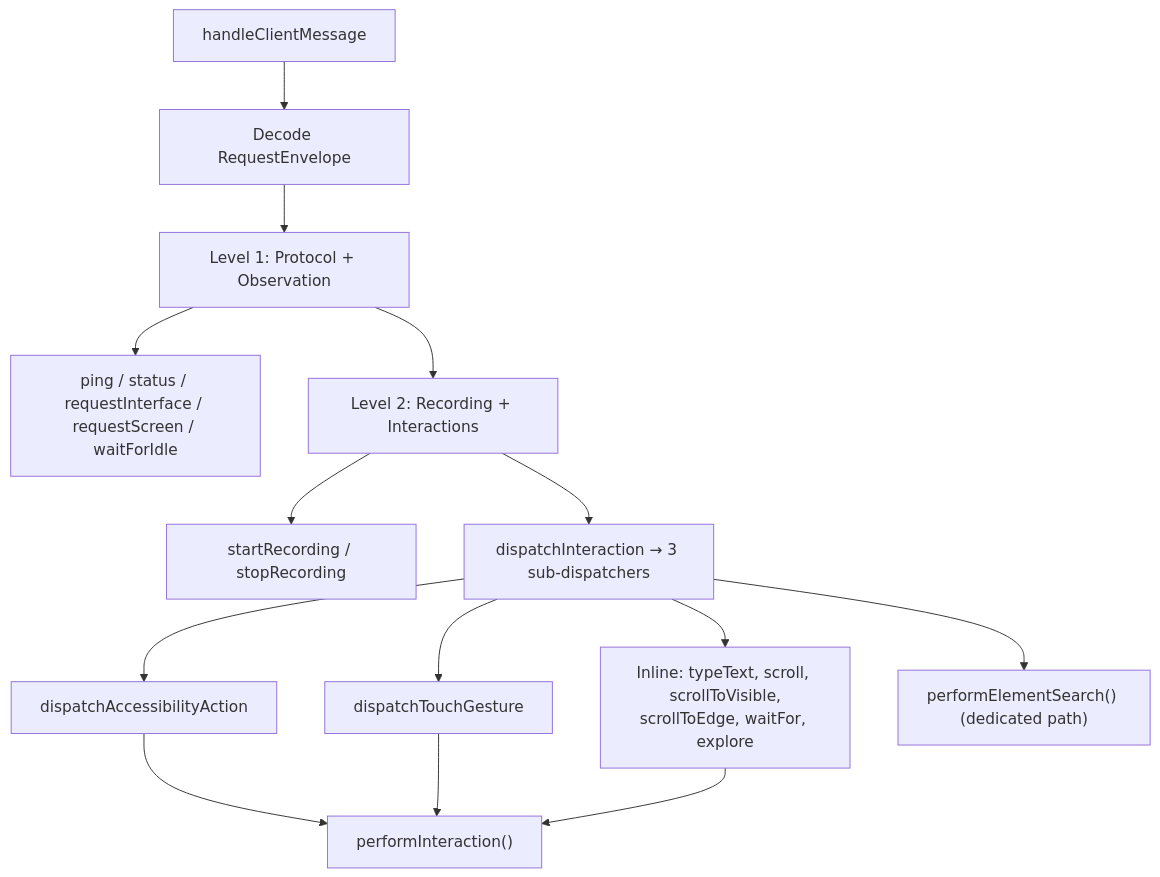
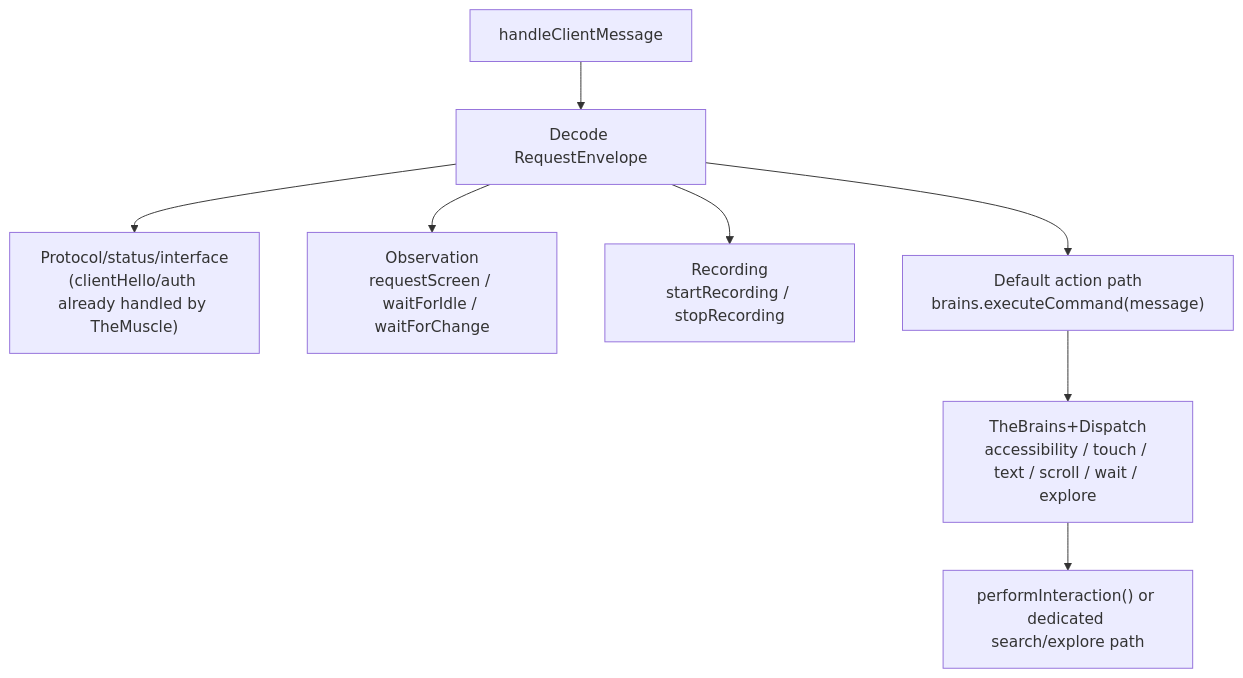
Before and after one commit to RoyalPineapple/TheButtonHeist: the third of 6 diagrams in docs/dossiers/06-THEINSIDEJOB.md, drawn with Mermaid. The commit also changed other lines of this file and 36 other files, not shown here.

````diff
--- a/docs/dossiers/06-THEINSIDEJOB.md
+++ b/docs/dossiers/06-THEINSIDEJOB.md
@@ -107,21 +107,12 @@
 ```mermaid
 flowchart TD
     Receive["handleClientMessage"]
     Receive --> Decode["Decode RequestEnvelope"]
-    Decode --> Level1["Level 1: Protocol + Observation"]
+    Decode --> Protocol["Protocol/status/interface<br/>(clientHello/auth already handled by TheMuscle)"]
+    Decode --> Observation["Observation<br/>requestScreen / waitForIdle / waitForChange"]
+    Decode --> Recording["Recording<br/>startRecording / stopRecording"]
+    Decode --> Actions["Default action path<br/>brains.executeCommand(message)"]
 
-    Level1 --> L1Cases["ping / status / requestInterface / requestScreen / waitForIdle"]
-    Level1 --> Level2["Level 2: Recording + Interactions"]
-
-    Level2 --> RecCases["startRecording / stopRecording"]
-    Level2 --> DispatchInt["dispatchInteraction → 3 sub-dispatchers"]
-
-    DispatchInt --> AccDisp["dispatchAccessibilityAction"]
-    DispatchInt --> TouchDisp["dispatchTouchGesture"]
-    DispatchInt --> Inline["Inline: typeText, scroll, scrollToVisible,<br/>scrollToEdge, waitFor, explore"]
-    DispatchInt --> Search["performElementSearch() (dedicated path)"]
-
-    AccDisp --> Perform["performInteraction()"]
-    TouchDisp --> Perform
-    Inline --> Perform
+    Actions --> BrainDispatch["TheBrains+Dispatch<br/>accessibility / touch / text / scroll / wait / explore"]
+    BrainDispatch --> Perform["performInteraction() or dedicated search/explore path"]
 ```
````
